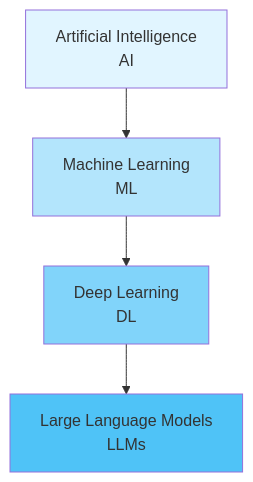
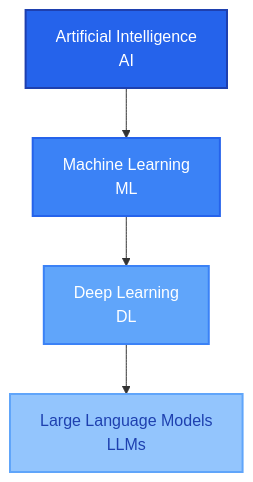
The first of 2 diagrams in 01-concepts/AI-Basics.md (cifuentescossio/ai-learning-notes), drawn with Mermaid before and after one commit. The commit also changed other lines of this file and 1 other file, not shown here.

Commit message:
Update styles in AI-Basics and AI-Prompt-Engineering markdown files for improved visual consistency. Enhanced node styles with new colors and stroke properties for better clarity in diagrams.

````diff
--- a/01-concepts/AI-Basics.md
+++ b/01-concepts/AI-Basics.md
@@ -21,11 +21,11 @@
 ```mermaid
 graph TD
     A[Artificial Intelligence<br/>AI] --> B[Machine Learning<br/>ML]
     B --> C[Deep Learning<br/>DL]
     C --> D[Large Language Models<br/>LLMs]
     
-    style A fill:#e1f5ff
-    style B fill:#b3e5fc
-    style C fill:#81d4fa
-    style D fill:#4fc3f7
+    style A fill:#2563eb,stroke:#1e40af,stroke-width:2px,color:#fff
+    style B fill:#3b82f6,stroke:#2563eb,stroke-width:2px,color:#fff
+    style C fill:#60a5fa,stroke:#3b82f6,stroke-width:2px,color:#fff
+    style D fill:#93c5fd,stroke:#60a5fa,stroke-width:2px,color:#1e40af
 ```
````
